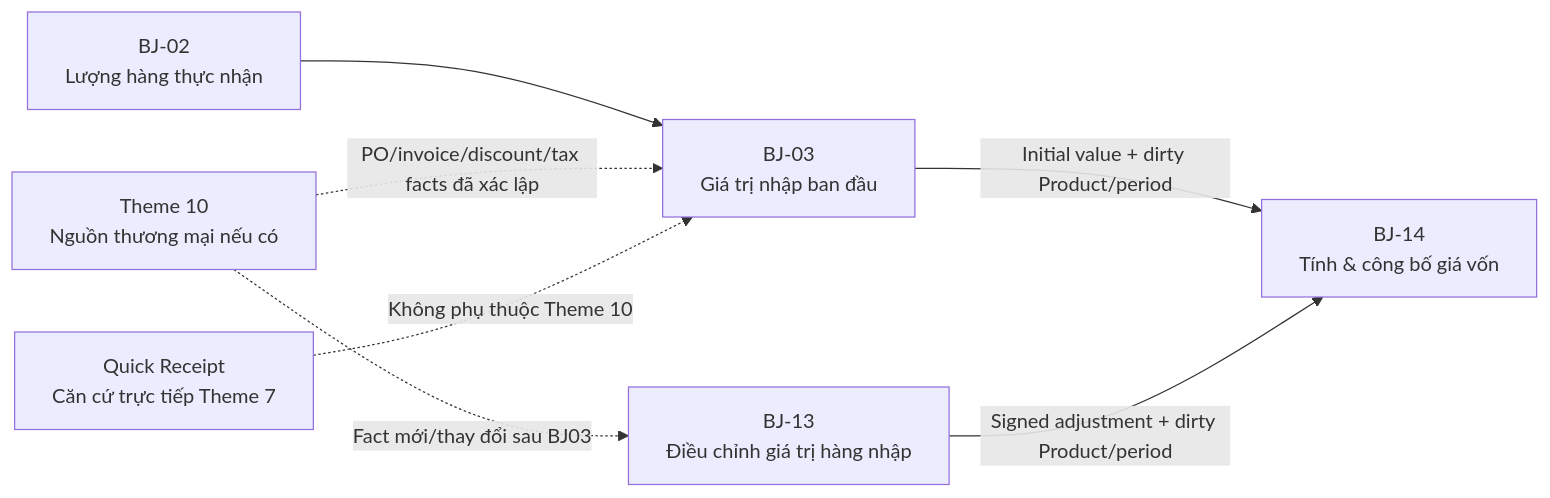
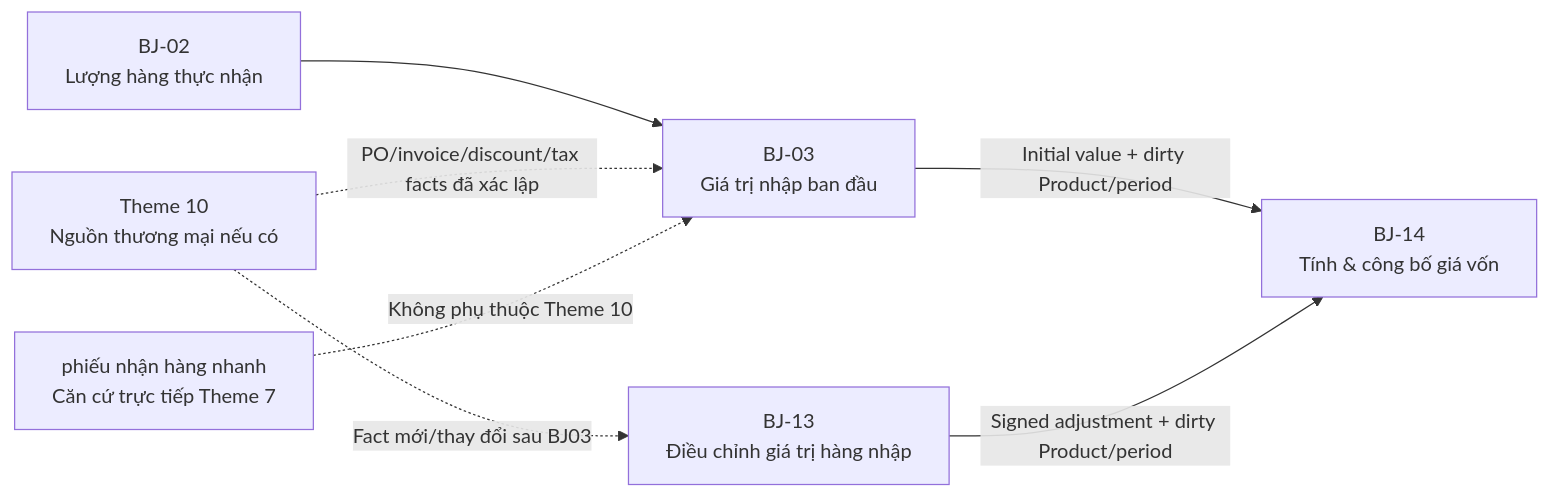
One commit to DsChien102/erp-sales-inventory changed the second of 3 diagrams in specs/themes/theme-07/02.specification/behavior/journeys/00-business-journey-map.md. Above: the diagram before and after it, drawn with Mermaid. The commit also changed other lines of this file and 124 other files, not shown here.

First line of the commit message:
refactor: update terminology and documentation for quick receipt processes

````diff
--- a/specs/themes/theme-07/02.specification/behavior/journeys/00-business-journey-map.md
+++ b/specs/themes/theme-07/02.specification/behavior/journeys/00-business-journey-map.md
@@ -106,16 +106,16 @@
 ```mermaid
 flowchart LR
     T10["Theme 10<br/>Nguồn thương mại nếu có"]
-    Q["Quick Receipt<br/>Căn cứ trực tiếp Theme 7"]
+    Q["phiếu nhận hàng nhanh<br/>Căn cứ trực tiếp Theme 7"]
     B02["BJ-02<br/>Lượng hàng thực nhận"]
     B03["BJ-03<br/>Giá trị nhập ban đầu"]
     B13["BJ-13<br/>Điều chỉnh giá trị hàng nhập"]
     B14["BJ-14<br/>Tính & công bố giá vốn"]
 
     B02 --> B03
     T10 -.->|PO/invoice/discount/tax facts đã xác lập| B03
     Q -.->|Không phụ thuộc Theme 10| B03
     T10 -.->|Fact mới/thay đổi sau BJ03| B13
     B03 -->|Initial value + dirty Product/period| B14
     B13 -->|Signed adjustment + dirty Product/period| B14
 ```
````
